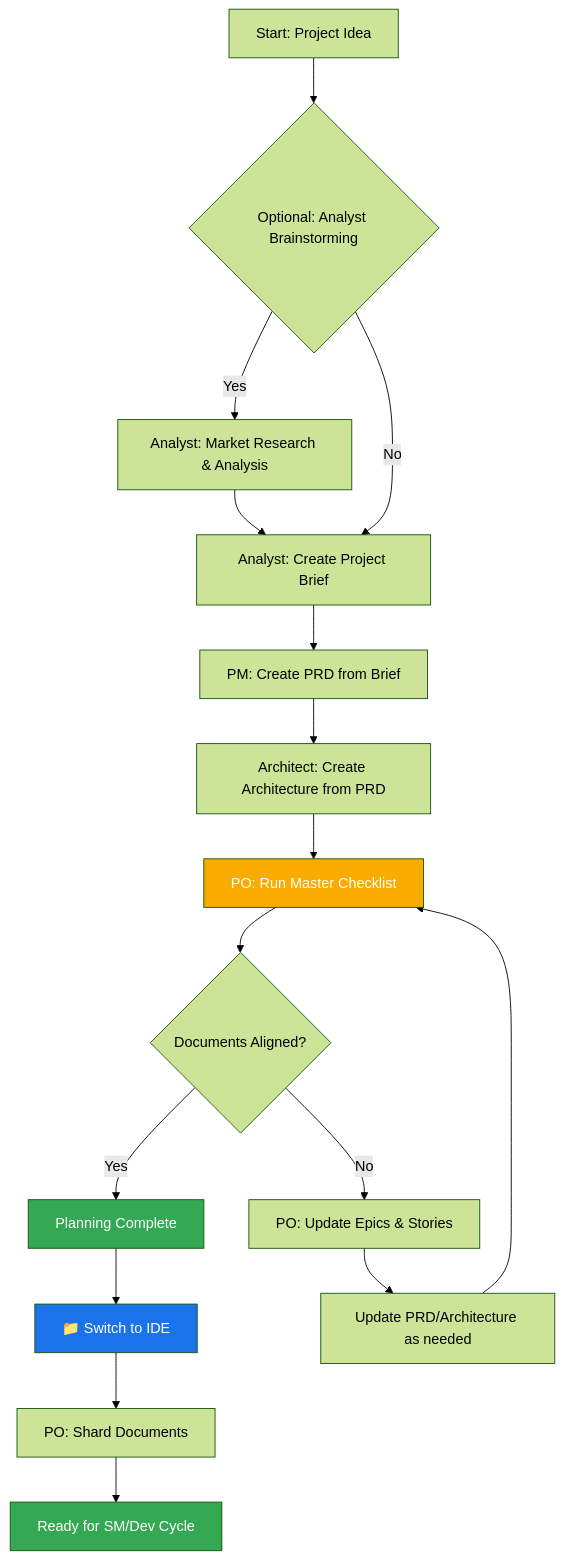
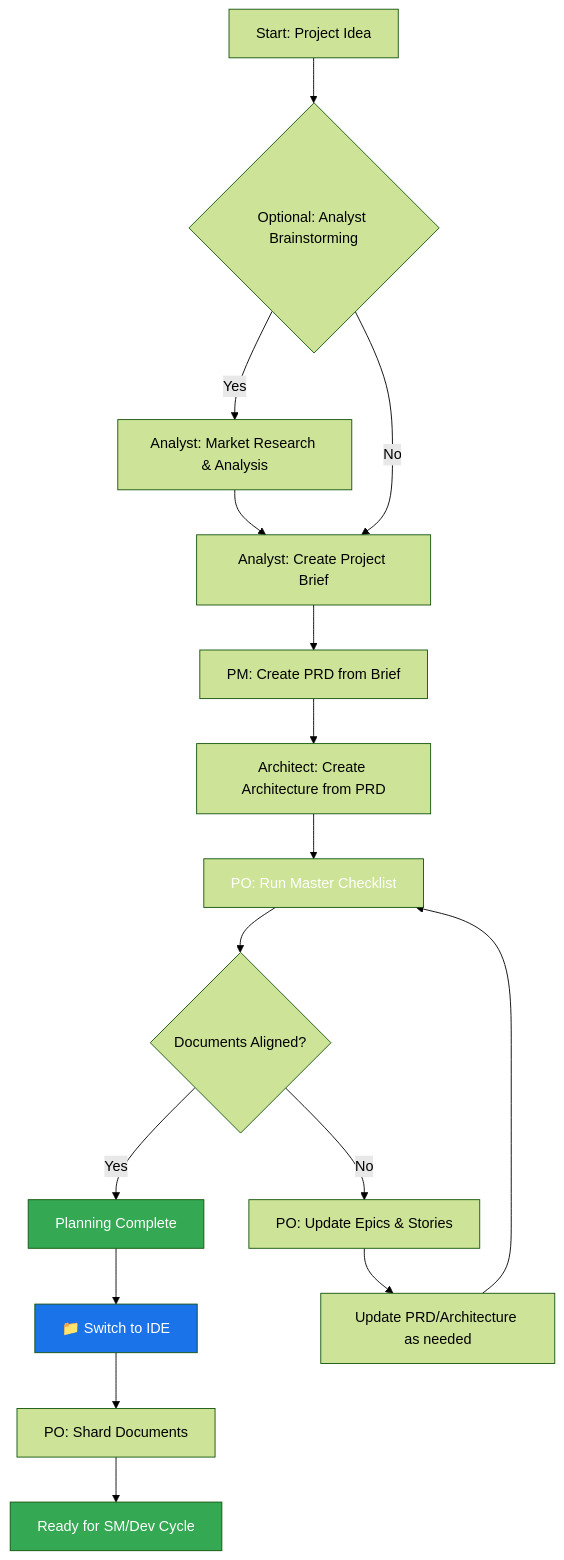
The second of 3 diagrams in docs/core-architecture.md (bacoco/AiDesigner), drawn with Mermaid (forest theme) before and after one commit. The commit also changed other lines of this file and 39 other files, not shown here.

````diff
--- a/docs/core-architecture.md
+++ b/docs/core-architecture.md
@@ -154,23 +154,23 @@
 ```mermaid
 graph TD
     A["Start: Project Idea"] --> B{"Optional: Analyst Brainstorming"}
     B -->|Yes| C["Analyst: Market Research & Analysis"]
     B -->|No| D["Create Project Brief"]
     C --> D["Analyst: Create Project Brief"]
     D --> E["PM: Create PRD from Brief"]
     E --> F["Architect: Create Architecture from PRD"]
     F --> G["PO: Run Master Checklist"]
     G --> H{"Documents Aligned?"}
     H -->|Yes| I["Planning Complete"]
     H -->|No| J["PO: Update Epics & Stories"]
     J --> K["Update PRD/Architecture as needed"]
     K --> G
     I --> L["📁 Switch to IDE"]
     L --> M["PO: Shard Documents"]
     M --> N["Ready for SM/Dev Cycle"]
 
     style I fill:#34a853,color:#fff
-    style G fill:#f9ab00,color:#fff
+    style G fill:#f9abagilaiagilai,color:#fff
     style L fill:#1a73e8,color:#fff
     style N fill:#34a853,color:#fff
 ```
````
